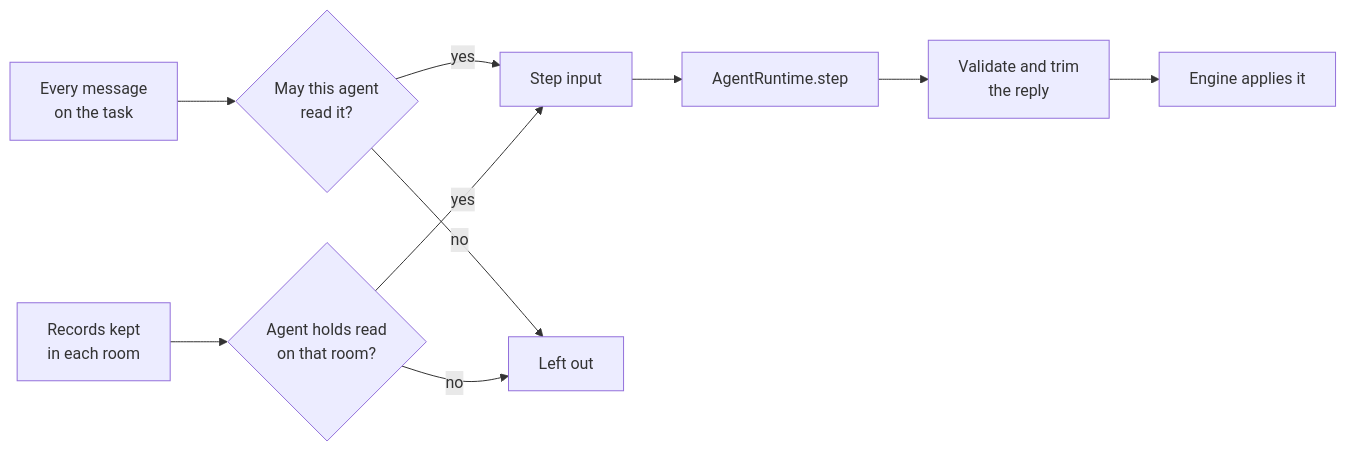
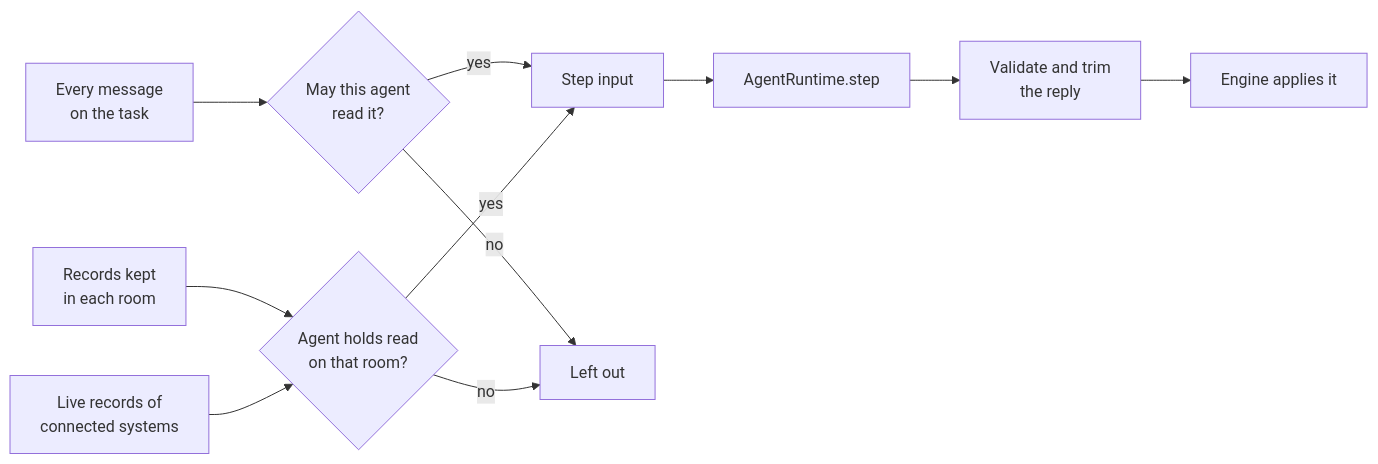
One commit to seyitgkc/ai-virtual-office changed the sixth of 14 diagrams in README.md. Above: the diagram before and after it, drawn with Mermaid. The commit also changed other lines of this file and 2 other files, not shown here.

````diff
--- a/README.md
+++ b/README.md
@@ -605,12 +638,13 @@
 ```mermaid
 flowchart LR
   thread["Every message<br/>on the task"] --> filter{"May this agent<br/>read it?"}
   filter -->|yes| prompt["Step input"]
   filter -->|no| dropped["Left out"]
   rooms["Records kept<br/>in each room"] --> gate{"Agent holds read<br/>on that room?"}
+  live["Live records of<br/>connected systems"] --> gate
   gate -->|yes| prompt
   gate -->|no| dropped
   prompt --> rt["AgentRuntime.step"]
   rt --> clean["Validate and trim<br/>the reply"]
   clean --> engine["Engine applies it"]
 ```
````
